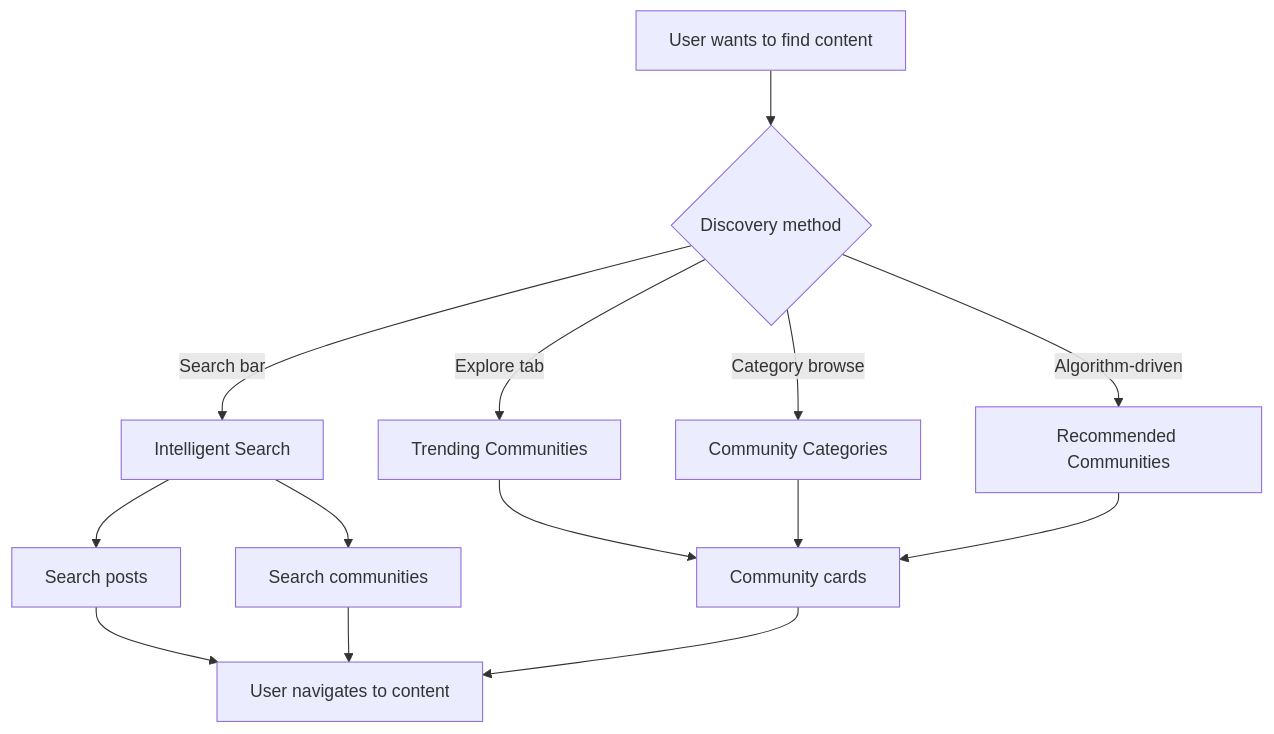
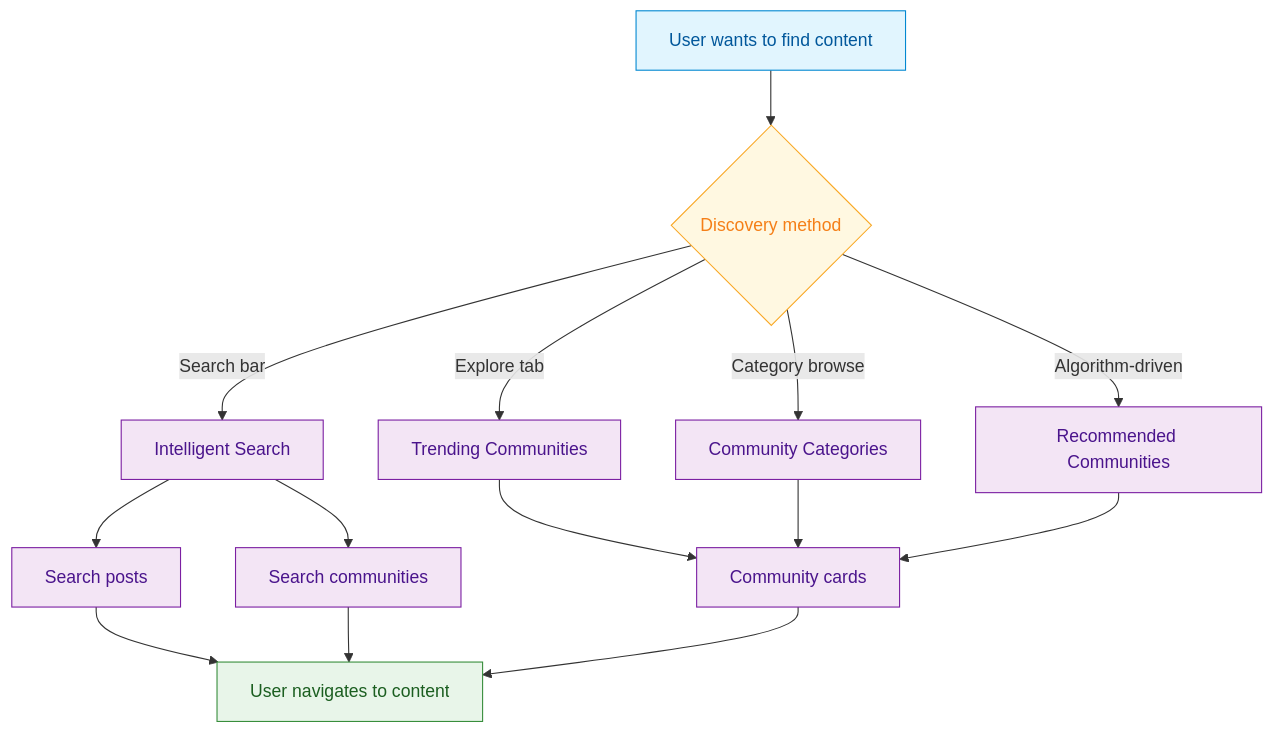
Before and after one commit to AmityCo/social-plus-docs: the diagram in use-cases/social/search-and-discovery.mdx, drawn with Mermaid. The commit also changed other lines of this file and 26 other files, not shown here.

````diff
--- a/use-cases/social/search-and-discovery.mdx
+++ b/use-cases/social/search-and-discovery.mdx
@@ -35,12 +33,22 @@
 ```mermaid
 graph TD
     A[User wants to find content] --> B{Discovery method}
     B -->|Search bar| C[Intelligent Search]
     B -->|Explore tab| D[Trending Communities]
     B -->|Category browse| E[Community Categories]
     B -->|Algorithm-driven| F[Recommended Communities]
     C --> G[Search posts]
     C --> H[Search communities]
     D & E & F --> I[Community cards]
     G & H & I --> J[User navigates to content]
+
+    classDef action fill:#e1f5fe,stroke:#0288d1,color:#01579b
+    classDef decision fill:#fff8e1,stroke:#f9a825,color:#f57f17
+    classDef process fill:#f3e5f5,stroke:#7b1fa2,color:#4a148c
+    classDef outcome fill:#e8f5e9,stroke:#388e3c,color:#1b5e20
+
+    class A action
+    class B decision
+    class C,D,E,F,G,H,I process
+    class J outcome
 ```
````
